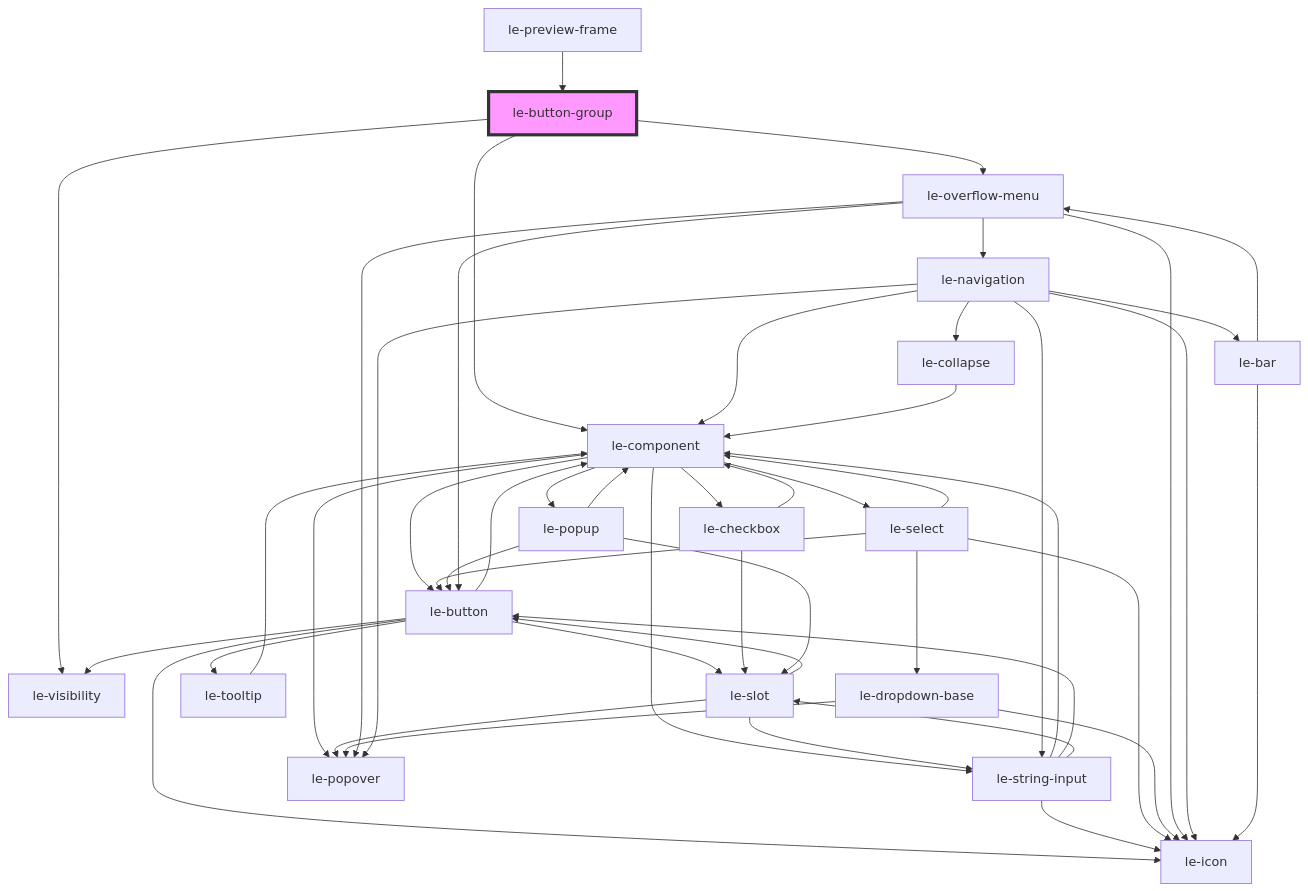
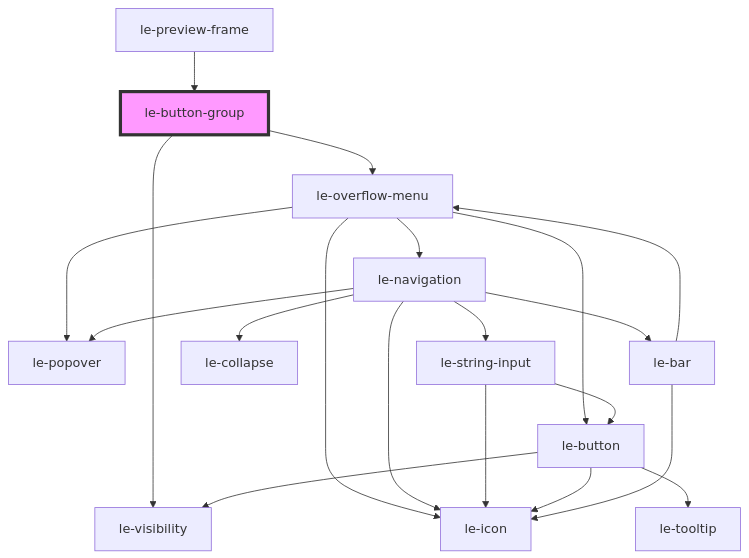
One commit to leechy/le-kit changed the diagram in packages/core/src/components/le-button-group/readme.md. Above: the diagram before and after it, drawn with Mermaid. The commit also changed other lines of this file and 44 other files, not shown here.

````diff
--- a/packages/core/src/components/le-button-group/readme.md
+++ b/packages/core/src/components/le-button-group/readme.md
@@ -115,51 +114,23 @@
 ```mermaid
 graph TD;
-  le-button-group --> le-component
   le-button-group --> le-visibility
   le-button-group --> le-overflow-menu
-  le-component --> le-button
-  le-component --> le-select
-  le-component --> le-checkbox
-  le-component --> le-string-input
-  le-component --> le-popover
-  le-component --> le-popup
-  le-button --> le-icon
-  le-button --> le-visibility
-  le-button --> le-slot
-  le-button --> le-component
-  le-button --> le-tooltip
-  le-slot --> le-popover
-  le-slot --> le-button
-  le-slot --> le-string-input
-  le-string-input --> le-component
-  le-string-input --> le-button
-  le-string-input --> le-icon
-  le-string-input --> le-slot
-  le-tooltip --> le-component
-  le-select --> le-icon
-  le-select --> le-component
-  le-select --> le-dropdown-base
-  le-select --> le-button
-  le-dropdown-base --> le-icon
-  le-dropdown-base --> le-popover
-  le-checkbox --> le-component
-  le-checkbox --> le-slot
-  le-popup --> le-slot
-  le-popup --> le-button
-  le-popup --> le-component
   le-overflow-menu --> le-navigation
   le-overflow-menu --> le-popover
   le-overflow-menu --> le-button
   le-overflow-menu --> le-icon
   le-navigation --> le-icon
   le-navigation --> le-string-input
   le-navigation --> le-collapse
   le-navigation --> le-popover
   le-navigation --> le-bar
-  le-navigation --> le-component
-  le-collapse --> le-component
+  le-string-input --> le-button
+  le-string-input --> le-icon
+  le-button --> le-icon
+  le-button --> le-visibility
+  le-button --> le-tooltip
   le-bar --> le-icon
   le-bar --> le-overflow-menu
   le-preview-frame --> le-button-group
   style le-button-group fill:#f9f,stroke:#333,stroke-width:4px
 ```
````
